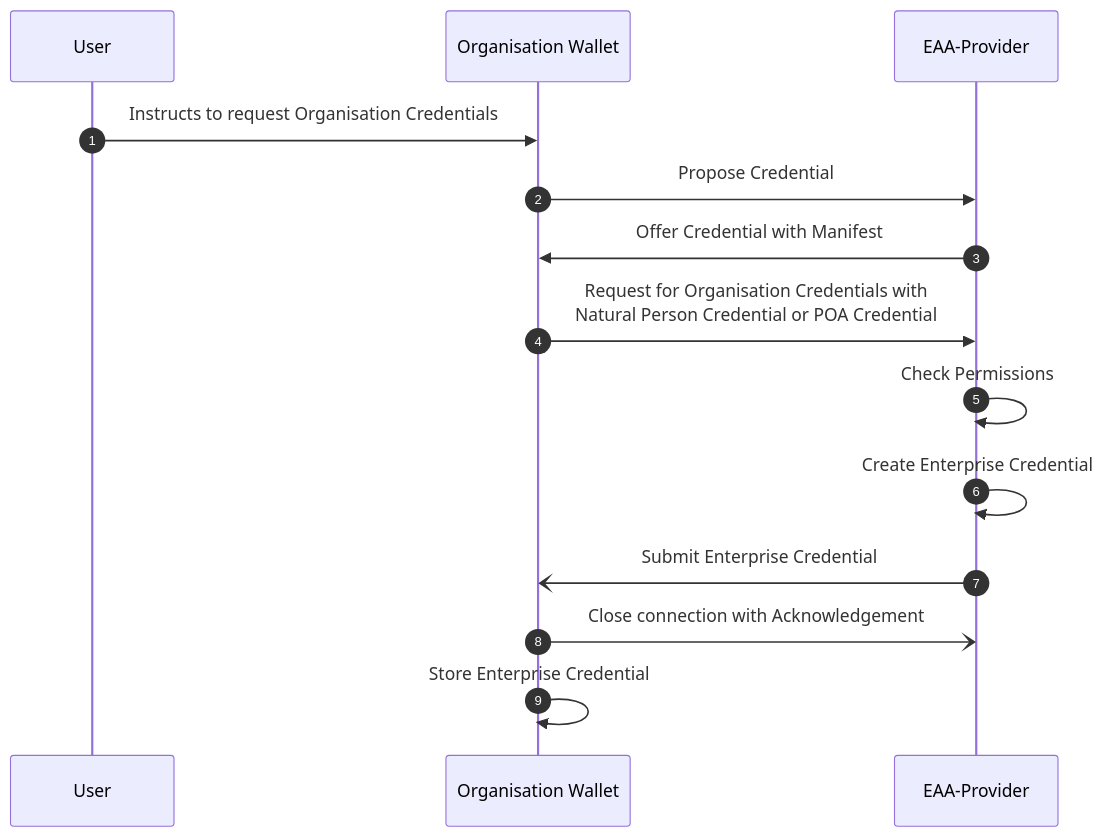
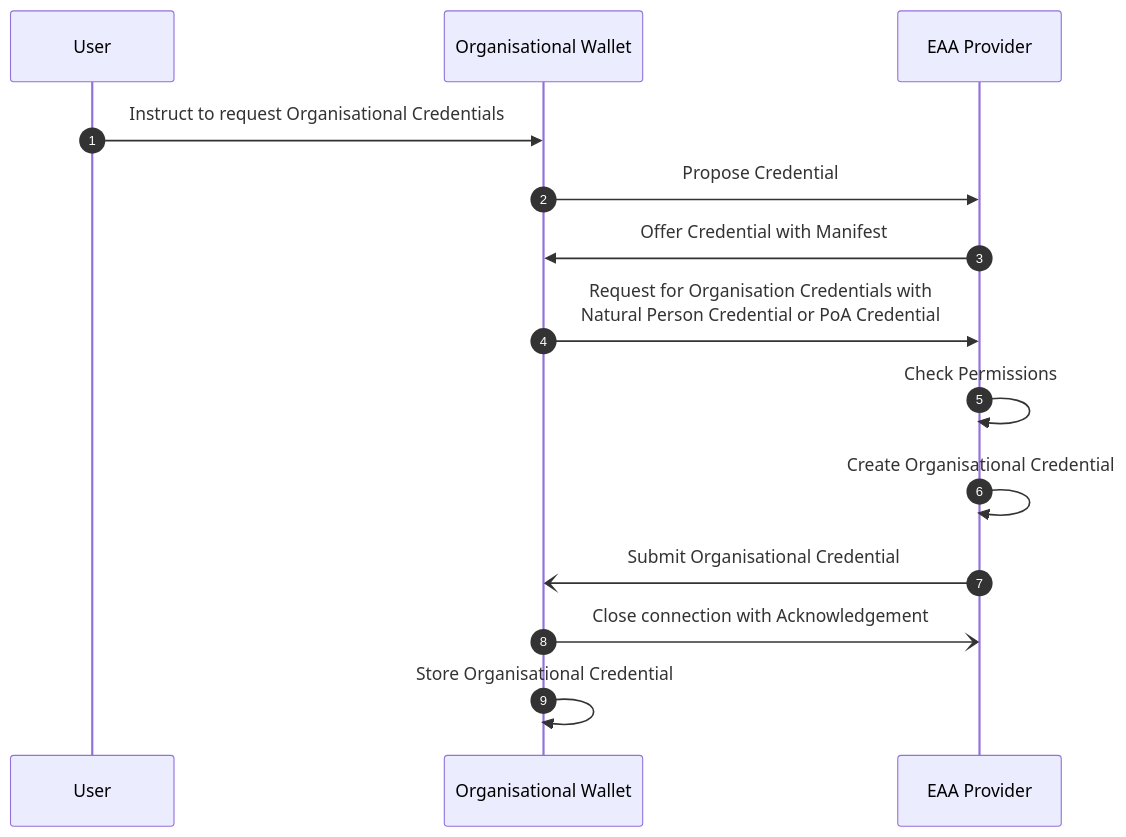
The third of 4 diagrams in ewc-rfc010-issue-and-present-organisational-credentials.md (EWC-consortium/eudi-wallet-rfcs), drawn with Mermaid before and after one commit. The commit also changed other lines of this file, not shown here.

````diff
--- a/ewc-rfc010-issue-and-present-organisational-credentials.md
+++ b/ewc-rfc010-issue-and-present-organisational-credentials.md
@@ -652,18 +656,18 @@
 ```mermaid
 sequenceDiagram
   autonumber
 
   participant User as User
-  participant OrgWallet as Organisation Wallet
-  participant EAAP as EAA-Provider
+  participant OrgWallet as Organisational Wallet
+  participant EAAP as EAA Provider
 
-  User->>OrgWallet: Instructs to request Organisation Credentials
+  User->>OrgWallet: Instruct to request Organisational Credentials
   OrgWallet->>EAAP: Propose Credential
   EAAP->>OrgWallet: Offer Credential with Manifest
-  OrgWallet->>EAAP: Request for Organisation Credentials with<br>Natural Person Credential or POA Credential 
+  OrgWallet->>EAAP: Request for Organisation Credentials with<br>Natural Person Credential or PoA Credential 
   EAAP->>EAAP: Check Permissions
-  EAAP->>EAAP: Create Enterprise Credential
-  EAAP-)OrgWallet: Submit Enterprise Credential
+  EAAP->>EAAP: Create Organisational Credential
+  EAAP-)OrgWallet: Submit Organisational Credential
   OrgWallet-)EAAP: Close connection with Acknowledgement
-  OrgWallet->>OrgWallet: Store Enterprise Credential
+  OrgWallet->>OrgWallet: Store Organisational Credential
 ```
````
